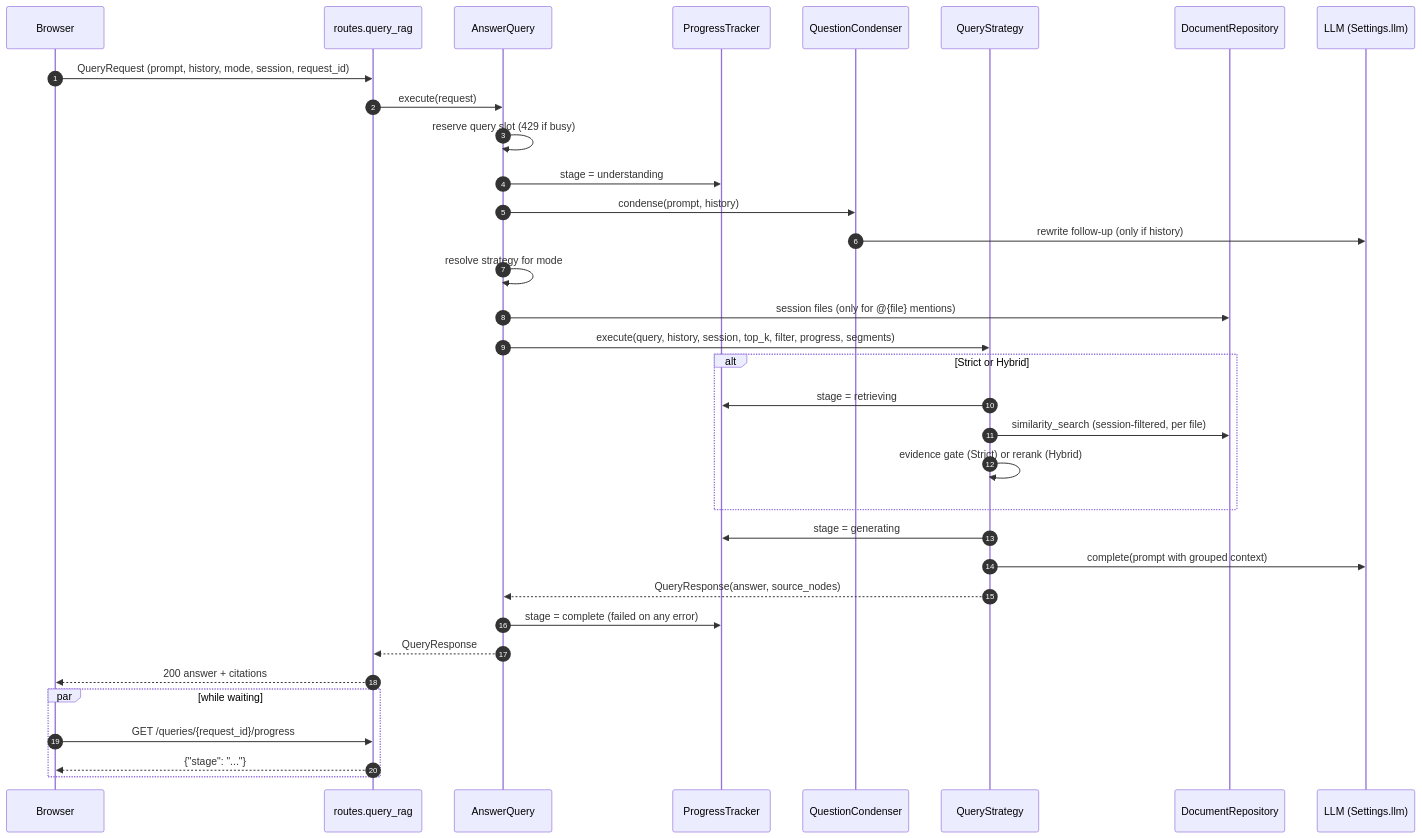
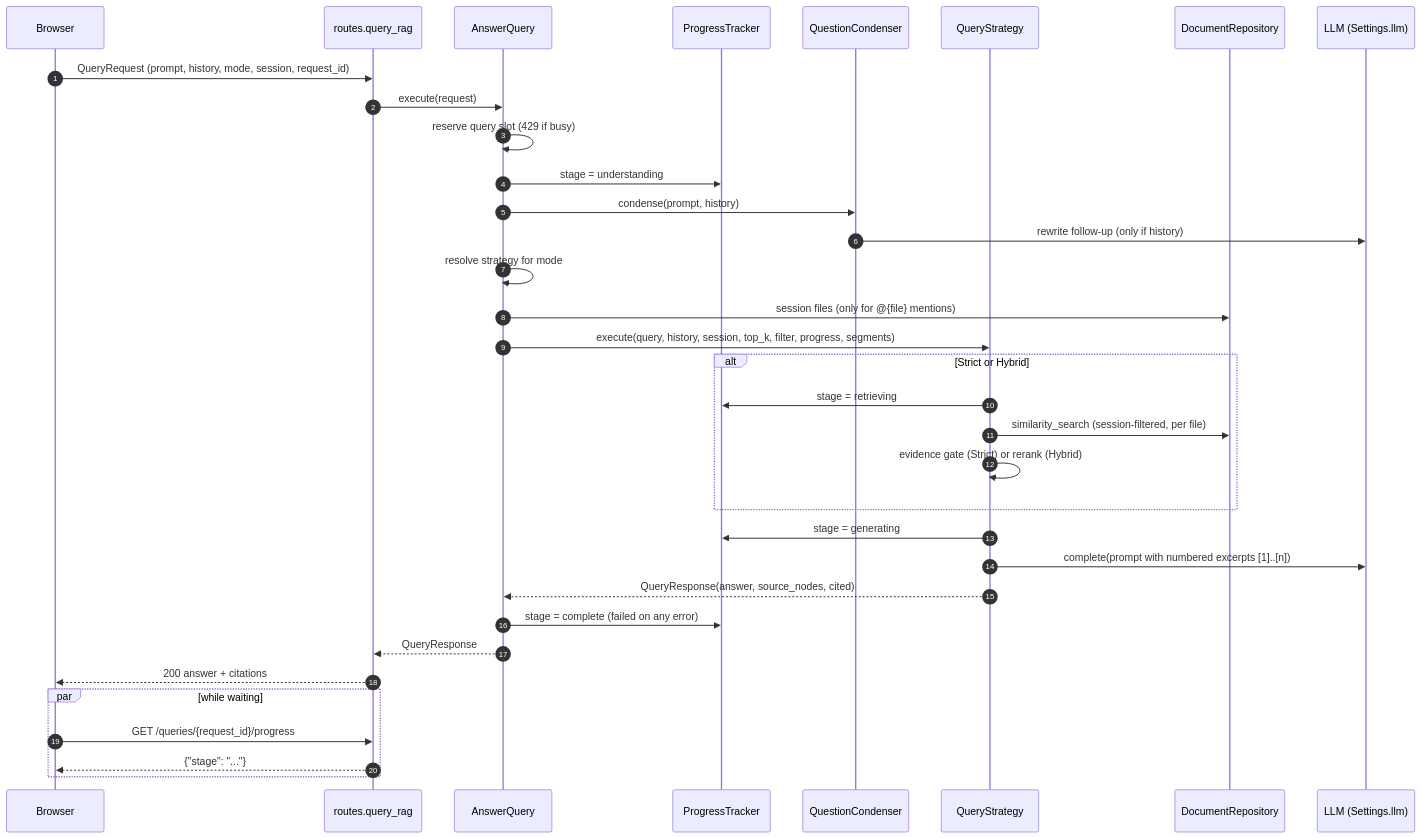
Before and after one commit to Pooria82/ParsRAG: the third of 6 diagrams in docs/architecture/data-flow.md, drawn with Mermaid. The commit also changed other lines of this file and 129 other files, not shown here.

````diff
--- a/docs/architecture/data-flow.md
+++ b/docs/architecture/data-flow.md
@@ -82,37 +90,37 @@
 ```mermaid
 sequenceDiagram
     autonumber
     participant B as Browser
     participant R as routes.query_rag
     participant UC as AnswerQuery
     participant PG as ProgressTracker
     participant QC as QuestionCondenser
     participant ST as QueryStrategy
     participant DR as DocumentRepository
     participant M as LLM (Settings.llm)
 
     B->>R: QueryRequest (prompt, history, mode, session, request_id)
     R->>UC: execute(request)
     UC->>UC: reserve query slot (429 if busy)
     UC->>PG: stage = understanding
     UC->>QC: condense(prompt, history)
     QC->>M: rewrite follow-up (only if history)
     UC->>UC: resolve strategy for mode
     UC->>DR: session files (only for @{file} mentions)
     UC->>ST: execute(query, history, session, top_k, filter, progress, segments)
     alt Strict or Hybrid
         ST->>PG: stage = retrieving
         ST->>DR: similarity_search (session-filtered, per file)
         ST->>ST: evidence gate (Strict) or rerank (Hybrid)
     end
     ST->>PG: stage = generating
-    ST->>M: complete(prompt with grouped context)
-    ST-->>UC: QueryResponse(answer, source_nodes)
+    ST->>M: complete(prompt with numbered excerpts [1]..[n])
+    ST-->>UC: QueryResponse(answer, source_nodes, cited)
     UC->>PG: stage = complete (failed on any error)
     UC-->>R: QueryResponse
     R-->>B: 200 answer + citations
     par while waiting
         B->>R: GET /queries/{request_id}/progress
         R-->>B: {"stage": "..."}
     end
 ```
````
